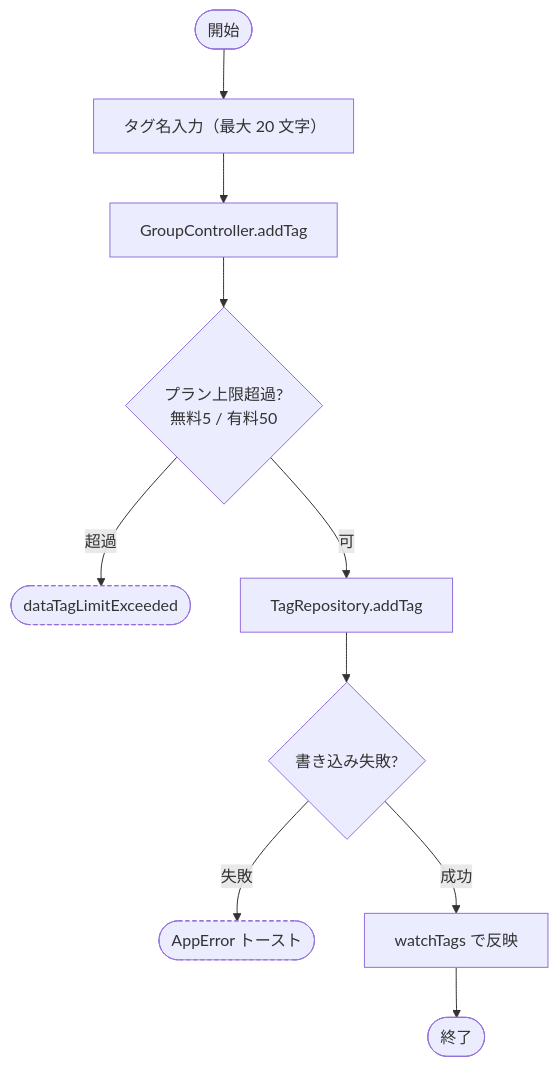
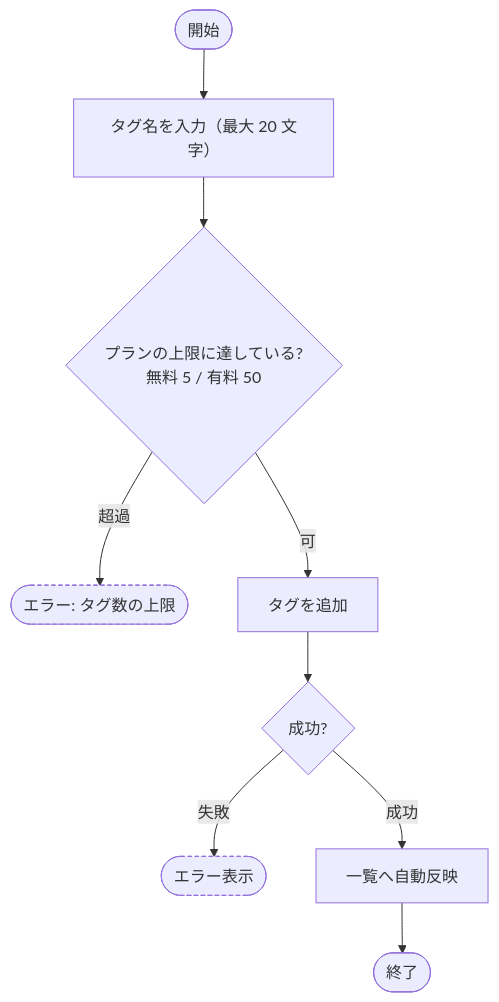
One commit to ekusy/shopping-list-app-flutter changed diagram 15 of 28 in docs/内部設計/アクティビティ図.md. Above: the diagram before and after it, drawn with Mermaid. The commit also changed other lines of this file, not shown here.

First line of the commit message:
docs: アクティビティ図を処理の流れ・分岐の説明に集中させて改稿

````diff
--- a/docs/内部設計/アクティビティ図.md
+++ b/docs/内部設計/アクティビティ図.md
@@ -267,13 +245,12 @@
 ```mermaid
 flowchart TD
-    S([開始]) --> IN[タグ名入力（最大 20 文字）]
-    IN --> C[GroupController.addTag]
-    C --> Q1{プラン上限超過?\n無料5 / 有料50}
-    Q1 -->|超過| E1([dataTagLimitExceeded]):::err
-    Q1 -->|可| W[TagRepository.addTag]
-    W --> Q2{書き込み失敗?}
-    Q2 -->|失敗| E2([AppError トースト]):::err
-    Q2 -->|成功| OK[watchTags で反映]
+    S([開始]) --> IN[タグ名を入力（最大 20 文字）]
+    IN --> Q1{プランの上限に達している?\n無料 5 / 有料 50}
+    Q1 -->|超過| E1([エラー: タグ数の上限]):::err
+    Q1 -->|可| W[タグを追加]
+    W --> Q2{成功?}
+    Q2 -->|失敗| E2([エラー表示]):::err
+    Q2 -->|成功| OK[一覧へ自動反映]
     OK --> E([終了])
     classDef err stroke-dasharray: 4 3
 ```
````
